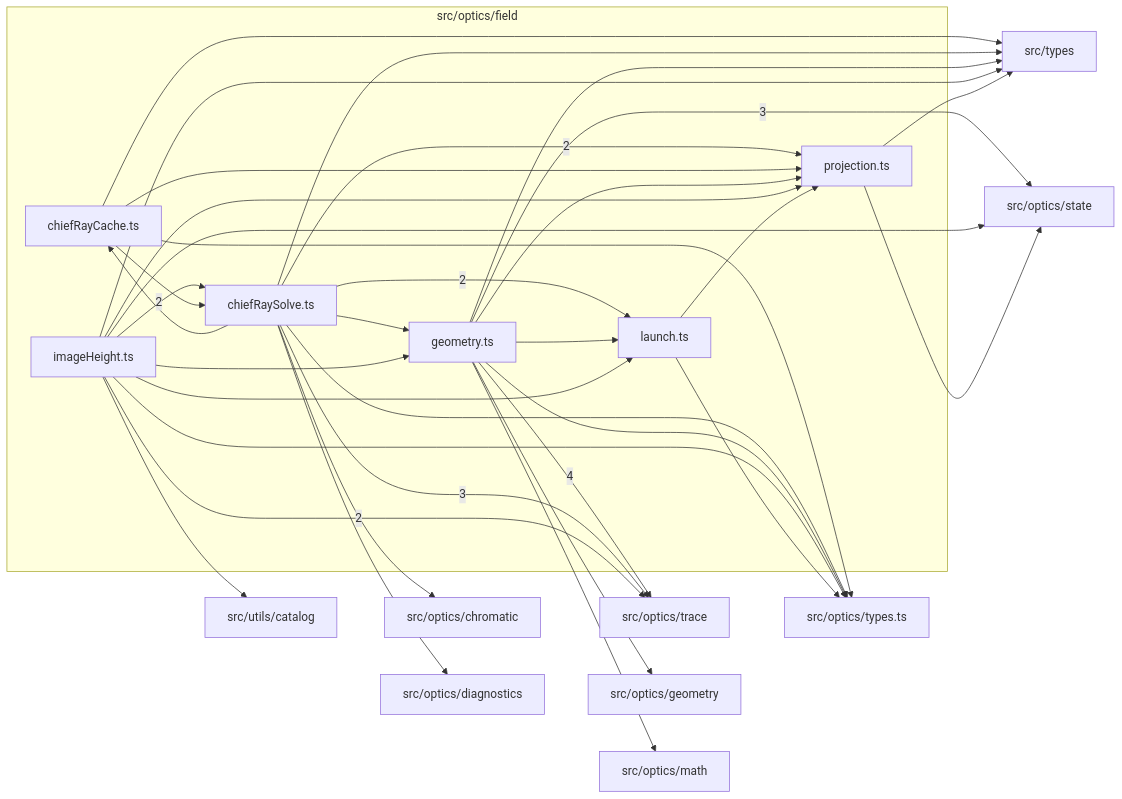
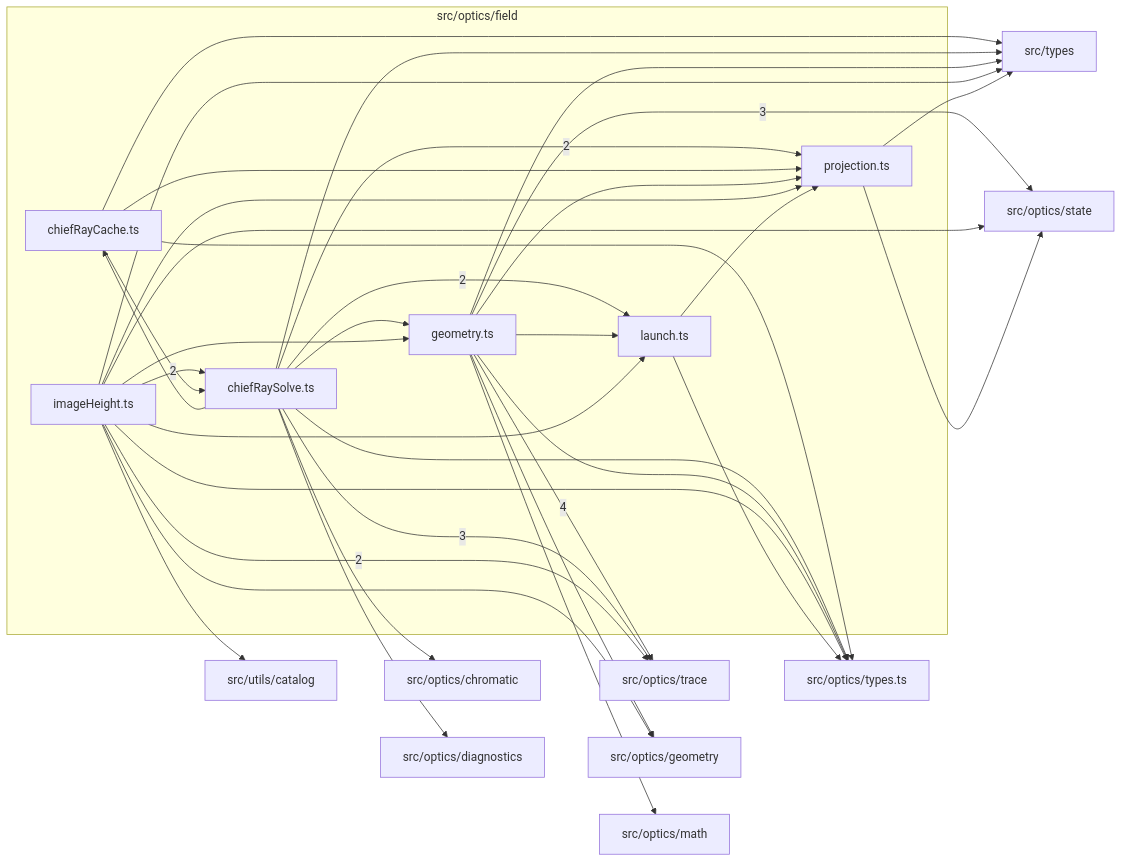
Before and after one commit to ronbuening/LensVisualizer: the diagram in src/optics/field/readme.md, drawn with Mermaid. The commit also changed other lines of this file and 57 other files, not shown here.

````diff
--- a/src/optics/field/readme.md
+++ b/src/optics/field/readme.md
@@ -9,54 +9,55 @@
 ```mermaid
 flowchart LR
   subgraph n_src_optics_field["src/optics/field"]
     n_src_optics_field_src_optics_field_chiefRayCache_ts["chiefRayCache.ts"]
     n_src_optics_field_src_optics_field_chiefRaySolve_ts["chiefRaySolve.ts"]
     n_src_optics_field_src_optics_field_geometry_ts["geometry.ts"]
     n_src_optics_field_src_optics_field_imageHeight_ts["imageHeight.ts"]
     n_src_optics_field_src_optics_field_launch_ts["launch.ts"]
     n_src_optics_field_src_optics_field_projection_ts["projection.ts"]
   end
   n_external_src_optics_trace["src/optics/trace"]
   n_external_src_optics_state["src/optics/state"]
   n_external_src_optics_chromatic["src/optics/chromatic"]
   n_external_src_optics_diagnostics["src/optics/diagnostics"]
   n_external_src_optics_geometry["src/optics/geometry"]
   n_external_src_optics_math["src/optics/math"]
   n_external_src_optics_types_ts["src/optics/types.ts"]
   n_external_src_types["src/types"]
   n_external_src_utils_catalog["src/utils/catalog"]
   n_src_optics_field_src_optics_field_geometry_ts --> |4| n_external_src_optics_trace
   n_src_optics_field_src_optics_field_geometry_ts --> |3| n_external_src_optics_state
   n_src_optics_field_src_optics_field_chiefRaySolve_ts --> |3| n_external_src_optics_trace
   n_src_optics_field_src_optics_field_imageHeight_ts --> |2| n_external_src_optics_trace
   n_src_optics_field_src_optics_field_imageHeight_ts --> |2| n_src_optics_field_src_optics_field_chiefRaySolve_ts
   n_src_optics_field_src_optics_field_chiefRaySolve_ts --> |2| n_src_optics_field_src_optics_field_launch_ts
   n_src_optics_field_src_optics_field_chiefRaySolve_ts --> |2| n_src_optics_field_src_optics_field_projection_ts
   n_src_optics_field_src_optics_field_chiefRaySolve_ts --> n_external_src_optics_chromatic
   n_src_optics_field_src_optics_field_chiefRaySolve_ts --> n_external_src_optics_diagnostics
   n_src_optics_field_src_optics_field_geometry_ts --> n_external_src_optics_geometry
+  n_src_optics_field_src_optics_field_imageHeight_ts --> n_external_src_optics_geometry
   n_src_optics_field_src_optics_field_geometry_ts --> n_external_src_optics_math
   n_src_optics_field_src_optics_field_imageHeight_ts --> n_external_src_optics_state
   n_src_optics_field_src_optics_field_projection_ts --> n_external_src_optics_state
   n_src_optics_field_src_optics_field_chiefRayCache_ts --> n_external_src_optics_types_ts
   n_src_optics_field_src_optics_field_chiefRaySolve_ts --> n_external_src_optics_types_ts
   n_src_optics_field_src_optics_field_geometry_ts --> n_external_src_optics_types_ts
   n_src_optics_field_src_optics_field_imageHeight_ts --> n_external_src_optics_types_ts
   n_src_optics_field_src_optics_field_launch_ts --> n_external_src_optics_types_ts
   n_src_optics_field_src_optics_field_chiefRayCache_ts --> n_external_src_types
   n_src_optics_field_src_optics_field_chiefRaySolve_ts --> n_external_src_types
   n_src_optics_field_src_optics_field_geometry_ts --> n_external_src_types
   n_src_optics_field_src_optics_field_imageHeight_ts --> n_external_src_types
   n_src_optics_field_src_optics_field_projection_ts --> n_external_src_types
   n_src_optics_field_src_optics_field_imageHeight_ts --> n_external_src_utils_catalog
   n_src_optics_field_src_optics_field_chiefRaySolve_ts --> n_src_optics_field_src_optics_field_chiefRayCache_ts
   n_src_optics_field_src_optics_field_chiefRayCache_ts --> n_src_optics_field_src_optics_field_chiefRaySolve_ts
   n_src_optics_field_src_optics_field_chiefRaySolve_ts --> n_src_optics_field_src_optics_field_geometry_ts
   n_src_optics_field_src_optics_field_imageHeight_ts --> n_src_optics_field_src_optics_field_geometry_ts
   n_src_optics_field_src_optics_field_geometry_ts --> n_src_optics_field_src_optics_field_launch_ts
   n_src_optics_field_src_optics_field_imageHeight_ts --> n_src_optics_field_src_optics_field_launch_ts
   n_src_optics_field_src_optics_field_chiefRayCache_ts --> n_src_optics_field_src_optics_field_projection_ts
   n_src_optics_field_src_optics_field_geometry_ts --> n_src_optics_field_src_optics_field_projection_ts
   n_src_optics_field_src_optics_field_imageHeight_ts --> n_src_optics_field_src_optics_field_projection_ts
   n_src_optics_field_src_optics_field_launch_ts --> n_src_optics_field_src_optics_field_projection_ts
 ```
````
